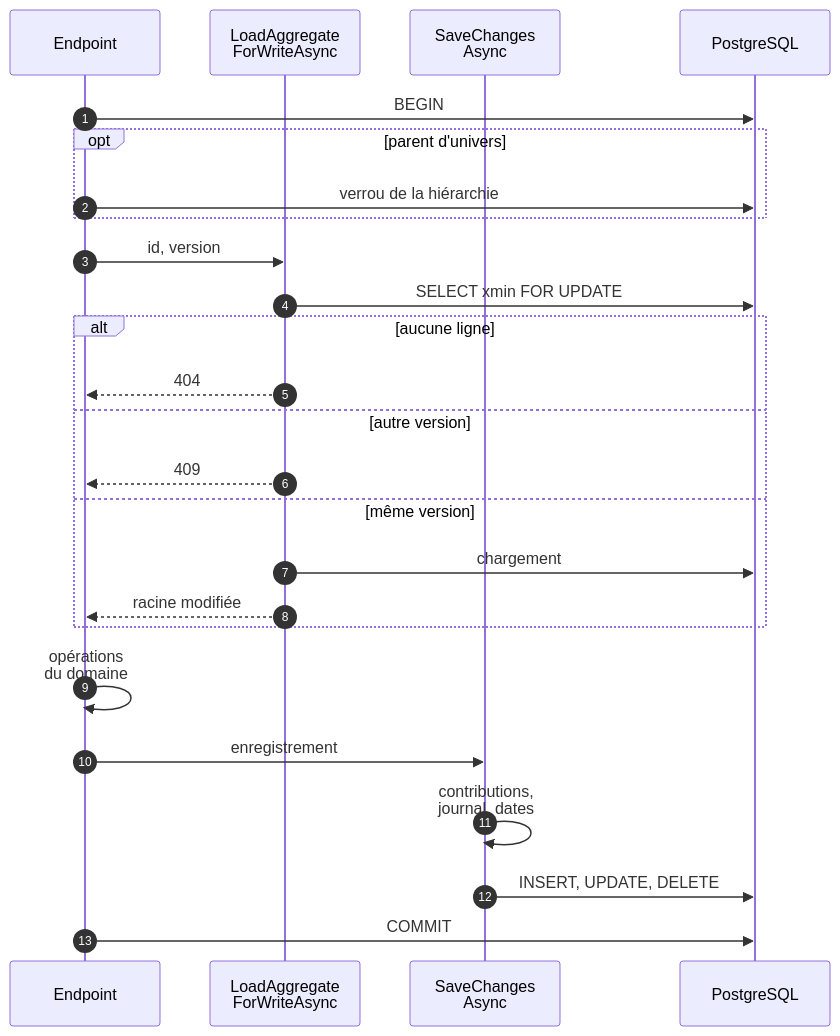
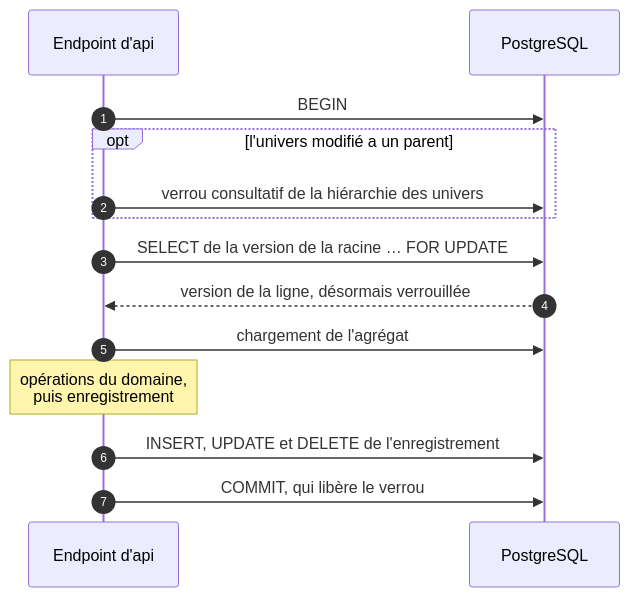
One commit to Tetram76/bdtheque-claude changed the first of 4 diagrams in docs/tech/mecanismes/persistance-ecriture-d-un-agregat.md. Above: the diagram before and after it, drawn with Mermaid. The commit also changed other lines of this file and 41 other files, not shown here.

````diff
--- a/docs/tech/mecanismes/persistance-ecriture-d-un-agregat.md
+++ b/docs/tech/mecanismes/persistance-ecriture-d-un-agregat.md
@@ -27,28 +28,17 @@
 ```mermaid
 sequenceDiagram
     autonumber
-    participant endpoint as Endpoint
-    participant write as LoadAggregate<br/>ForWriteAsync
-    participant save as SaveChanges<br/>Async
+    participant endpoint as Endpoint d'api
     participant db as PostgreSQL
 
     endpoint->>db: BEGIN
-    opt parent d'univers
-        endpoint->>db: verrou de la hiérarchie
+    opt l'univers modifié a un parent
+        endpoint->>db: verrou consultatif de la hiérarchie des univers
     end
-    endpoint->>write: id, version
-    write->>db: SELECT xmin FOR UPDATE
-    alt aucune ligne
-        write-->>endpoint: 404
-    else autre version
-        write-->>endpoint: 409
-    else même version
-        write->>db: chargement
-        write-->>endpoint: racine modifiée
-    end
-    endpoint->>endpoint: opérations<br/>du domaine
-    endpoint->>save: enregistrement
-    save->>save: contributions,<br/>journal, dates
-    save->>db: INSERT, UPDATE, DELETE
-    endpoint->>db: COMMIT
+    endpoint->>db: SELECT de la version de la racine … FOR UPDATE
+    db-->>endpoint: version de la ligne, désormais verrouillée
+    endpoint->>db: chargement de l'agrégat
+    Note over endpoint: opérations du domaine,<br/>puis enregistrement
+    endpoint->>db: INSERT, UPDATE et DELETE de l'enregistrement
+    endpoint->>db: COMMIT, qui libère le verrou
 ```
````
